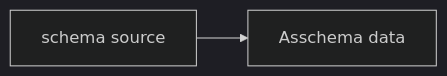
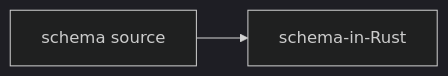
The second of 14 diagrams in skills/mermaid.md (LiGoldragon/primary), drawn with Mermaid (dark theme) before and after one commit. The commit also changed other lines of this file and 6 other files, not shown here.

````diff
--- a/skills/mermaid.md
+++ b/skills/mermaid.md
@@ -130,6 +130,6 @@
 ```mermaid
 flowchart LR
     schema["schema source"]
-    asschema["Asschema data"]
-    schema --> asschema
+    schemaInRust["schema-in-Rust"]
+    schema --> schemaInRust
 ```
````
